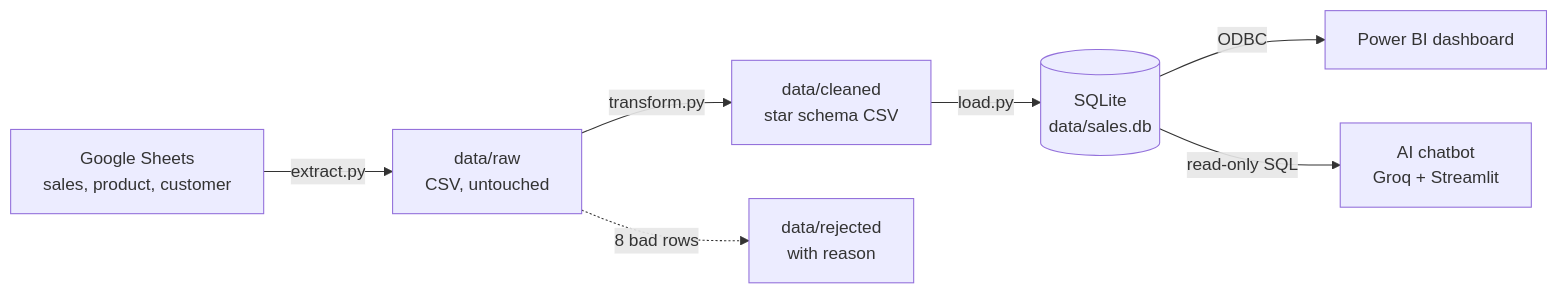
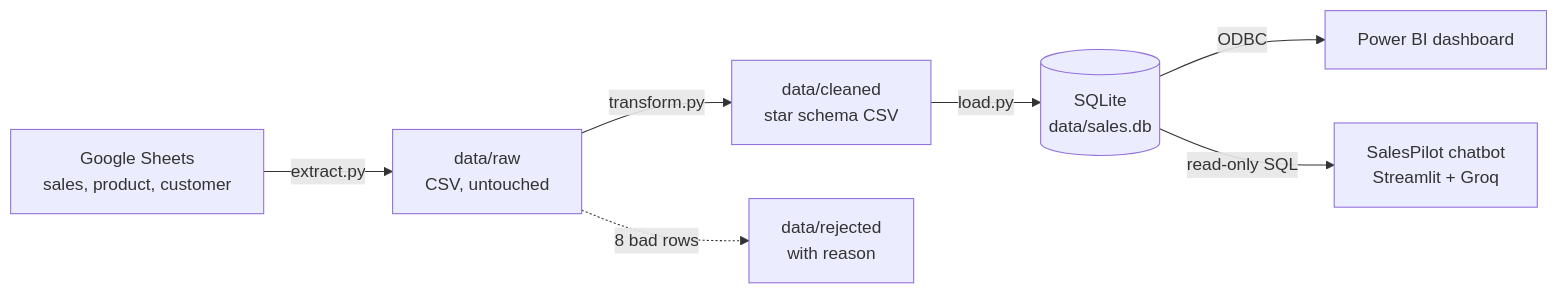
Before and after one commit to pragatikamishra/Supply-Planner-Consumer-Assignment-AKI: the diagram in README.md, drawn with Mermaid. The commit also changed other lines of this file, not shown here.

````diff
--- a/README.md
+++ b/README.md
@@ -82,9 +23,9 @@
 ```mermaid
 flowchart LR
     A["Google Sheets<br/>sales, product, customer"] -->|extract.py| B["data/raw<br/>CSV, untouched"]
     B -->|transform.py| C["data/cleaned<br/>star schema CSV"]
     B -.->|8 bad rows| R["data/rejected<br/>with reason"]
     C -->|load.py| D[("SQLite<br/>data/sales.db")]
     D -->|ODBC| E["Power BI dashboard"]
-    D -->|read-only SQL| F["AI chatbot<br/>Groq + Streamlit"]
+    D -->|read-only SQL| F["SalesPilot chatbot<br/>Streamlit + Groq"]
 ```
````
